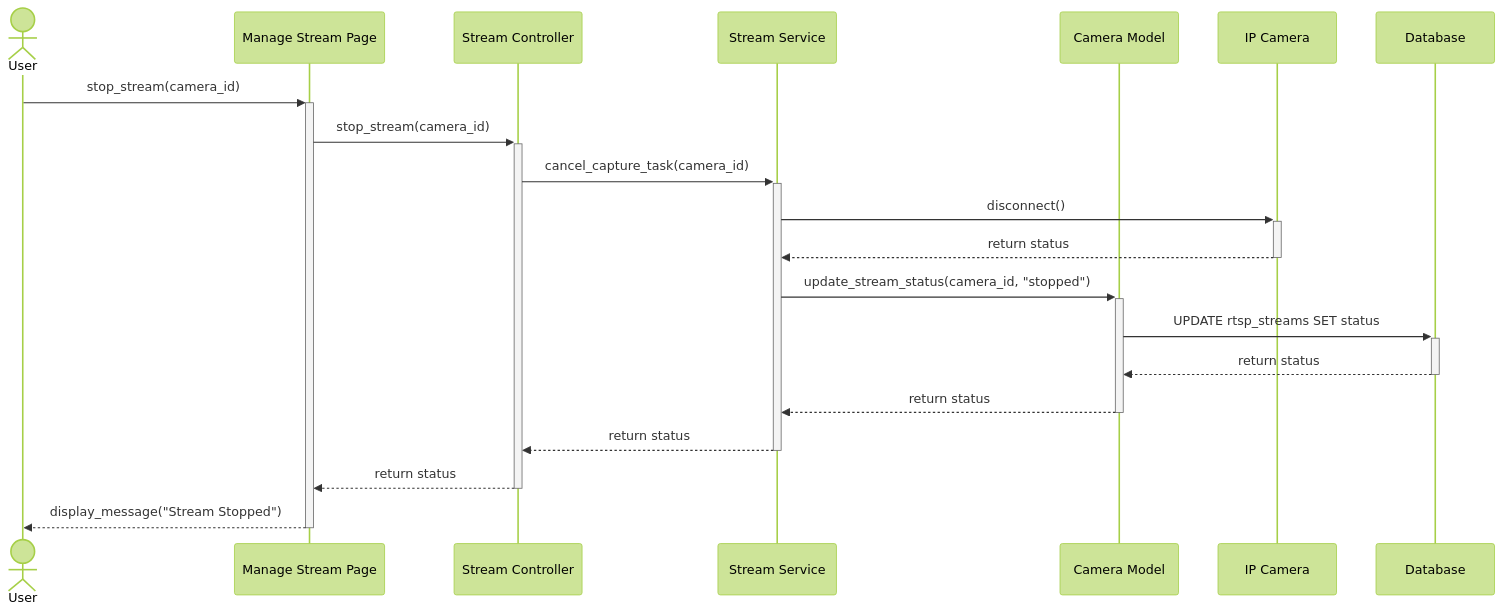
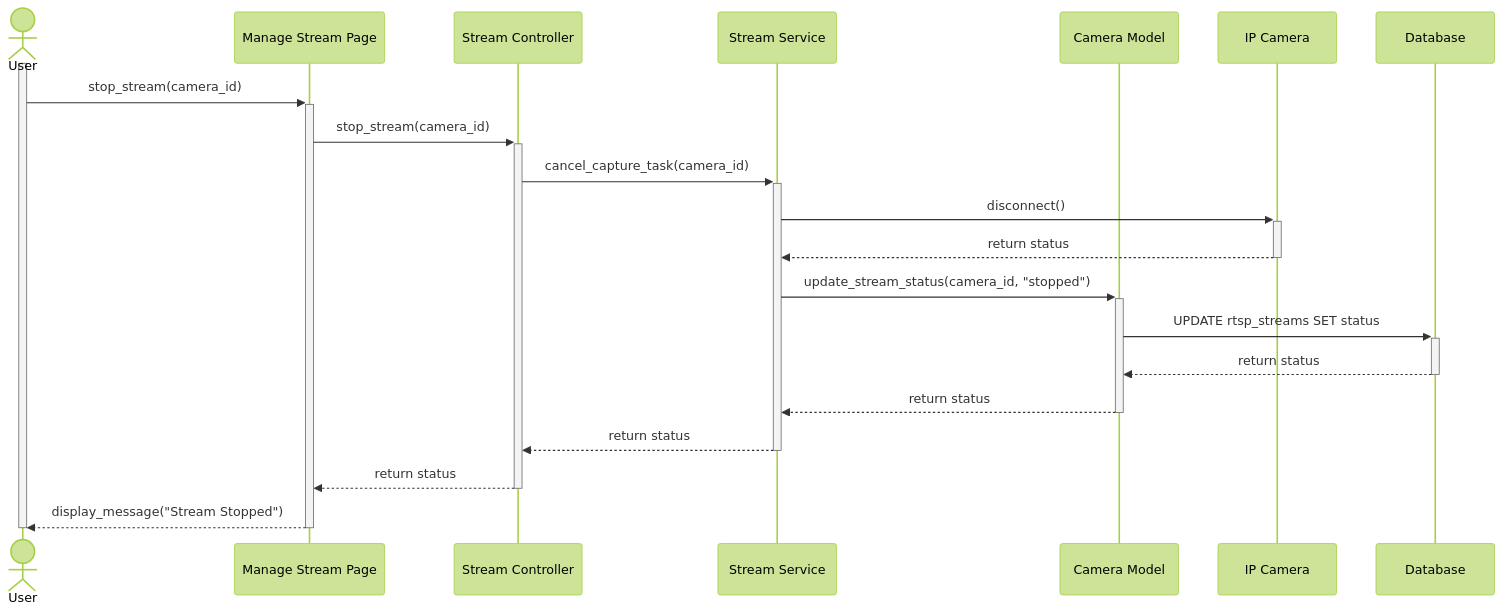
Before and after one commit to Tanaphat-Ken/ALPR-V2: diagram 14 of 20 in SYSTEM_DIAGRAMS.md, drawn with Mermaid (forest theme). The commit also changed other lines of this file, not shown here.

First line of the commit message:
feat: add User/Client activation bars to all 19 sequence diagrams

````diff
--- a/SYSTEM_DIAGRAMS.md
+++ b/SYSTEM_DIAGRAMS.md
@@ -600,23 +624,25 @@
 ```mermaid
 sequenceDiagram
     actor User
     participant StreamPage as Manage Stream Page
     participant StreamController as Stream Controller
     participant StreamService as Stream Service
     participant CameraModel as Camera Model
     participant CAM as IP Camera
     participant DB as Database
 
+    activate User
     User->>+StreamPage: stop_stream(camera_id)
     StreamPage->>+StreamController: stop_stream(camera_id)
     StreamController->>+StreamService: cancel_capture_task(camera_id)
     StreamService->>+CAM: disconnect()
     CAM-->>-StreamService: return status
     StreamService->>+CameraModel: update_stream_status(camera_id, "stopped")
     CameraModel->>+DB: UPDATE rtsp_streams SET status
     DB-->>-CameraModel: return status
     CameraModel-->>-StreamService: return status
     StreamService-->>-StreamController: return status
     StreamController-->>-StreamPage: return status
     StreamPage-->>-User: display_message("Stream Stopped")
+    deactivate User
 ```
````
